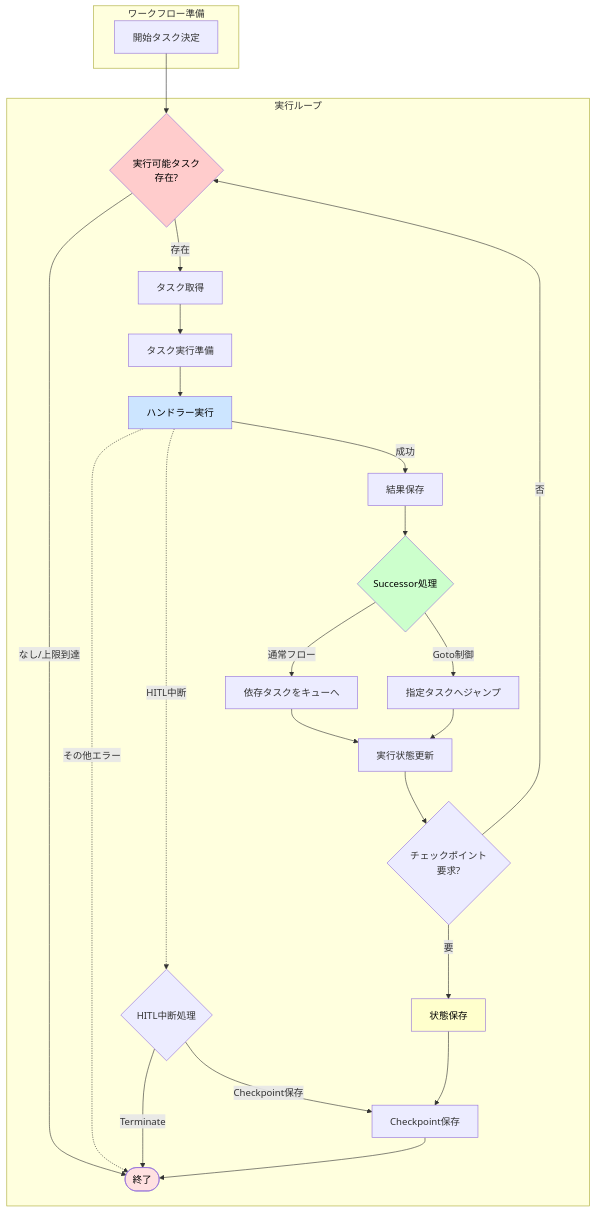
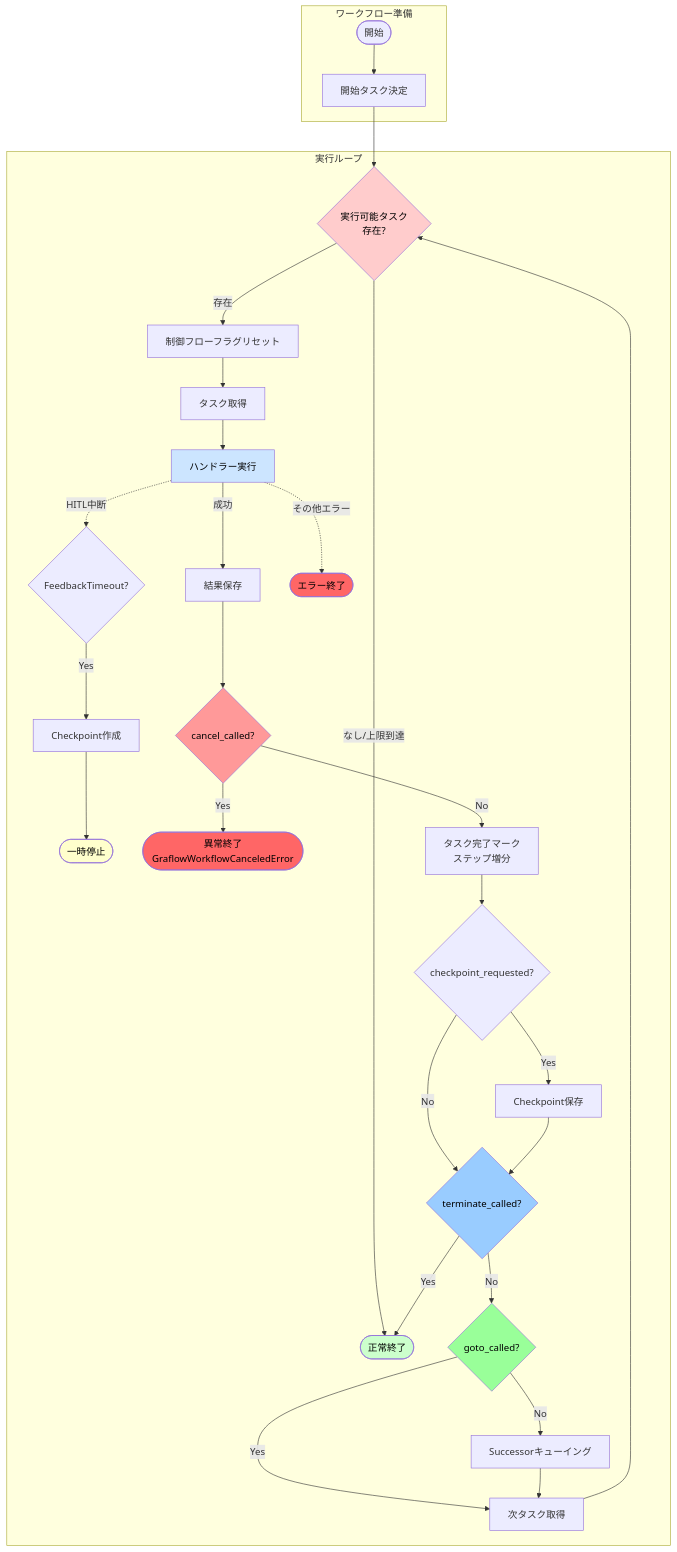
Before and after one commit to GraflowAI/graflow: the diagram in docs/state_machine_execution.md, drawn with Mermaid. The commit also changed other lines of this file and 7 other files, not shown here.

Commit message:
feat: Add workflow termination and cancellation features;  terminate_workflow() and cancel_workflow().

````diff
--- a/docs/state_machine_execution.md
+++ b/docs/state_machine_execution.md
@@ -174,41 +198,51 @@
 ```mermaid
 flowchart TB
     subgraph "ワークフロー準備"
-        D[開始タスク決定]
+        START([開始])
+        START --> INIT[開始タスク決定]
     end
 
     subgraph "実行ループ"
-        D --> E{実行可能タスク<br/>存在?}
-        E -->|存在| F[タスク取得]
-        E -->|なし/上限到達| Z([終了])
+        INIT --> CHK{実行可能タスク<br/>存在?}
+        CHK -->|存在| RESET[制御フローフラグリセット]
+        CHK -->|なし/上限到達| END([正常終了])
 
-        F --> G[タスク実行準備]
-        G --> H[ハンドラー実行]
+        RESET --> FETCH[タスク取得]
+        FETCH --> EXEC[ハンドラー実行]
 
-        H -->|成功| I[結果保存]
-        H -.HITL中断.-> T{HITL中断処理}
-        H -.その他エラー.-> Z
+        EXEC -->|成功| RESULT[結果保存]
+        EXEC -.HITL中断.-> HITL_CHK{FeedbackTimeout?}
+        EXEC -.その他エラー.-> ERR([エラー終了])
 
-        T -->|Checkpoint保存| S[Checkpoint保存]
-        T -->|Terminate| Z
+        HITL_CHK -->|Yes| HITL_CP[Checkpoint作成]
+        HITL_CP --> HITL_END([一時停止])
 
-        I --> J{Successor処理}
-        J -->|通常フロー| K[依存タスクをキューへ]
-        J -->|Goto制御| L[指定タスクへジャンプ]
+        RESULT --> CANCEL_CHK{cancel_called?}
+        CANCEL_CHK -->|Yes| CANCEL_ERR([異常終了<br/>GraflowWorkflowCanceledError])
+        CANCEL_CHK -->|No| COMPLETE[タスク完了マーク<br/>ステップ増分]
 
-        K --> M[実行状態更新]
-        L --> M
-        M --> N{チェックポイント<br/>要求?}
+        COMPLETE --> CP_CHK{checkpoint_requested?}
+        CP_CHK -->|Yes| CP_SAVE[Checkpoint保存]
+        CP_CHK -->|No| TERM_CHK{terminate_called?}
+        CP_SAVE --> TERM_CHK
 
-        N -->|要| O[状態保存]
-        N -->|否| E
-        O --> S
-        S --> Z
+        TERM_CHK -->|Yes| END
+        TERM_CHK -->|No| GOTO_CHK{goto_called?}
+
+        GOTO_CHK -->|Yes| NEXT[次タスク取得]
+        GOTO_CHK -->|No| SUCC[Successorキューイング]
+
+        SUCC --> NEXT
+        NEXT --> CHK
     end
 
-    style E fill:#ffcccc,color:#000
-    style J fill:#ccffcc,color:#000
-    style O fill:#ffffcc,color:#000
-    style H fill:#cce5ff,color:#000
-    style Z fill:#ffe1e1,color:#000
+    style CHK fill:#ffcccc,color:#000
+    style CANCEL_CHK fill:#ff9999,color:#000
+    style TERM_CHK fill:#99ccff,color:#000
+    style GOTO_CHK fill:#99ff99,color:#000
+    style EXEC fill:#cce5ff,color:#000
+    style END fill:#ccffcc,color:#000
+    style CANCEL_ERR fill:#ff6666,color:#000
+    style ERR fill:#ff6666,color:#000
+    style HITL_END fill:#ffffcc,color:#000
 ```
````
